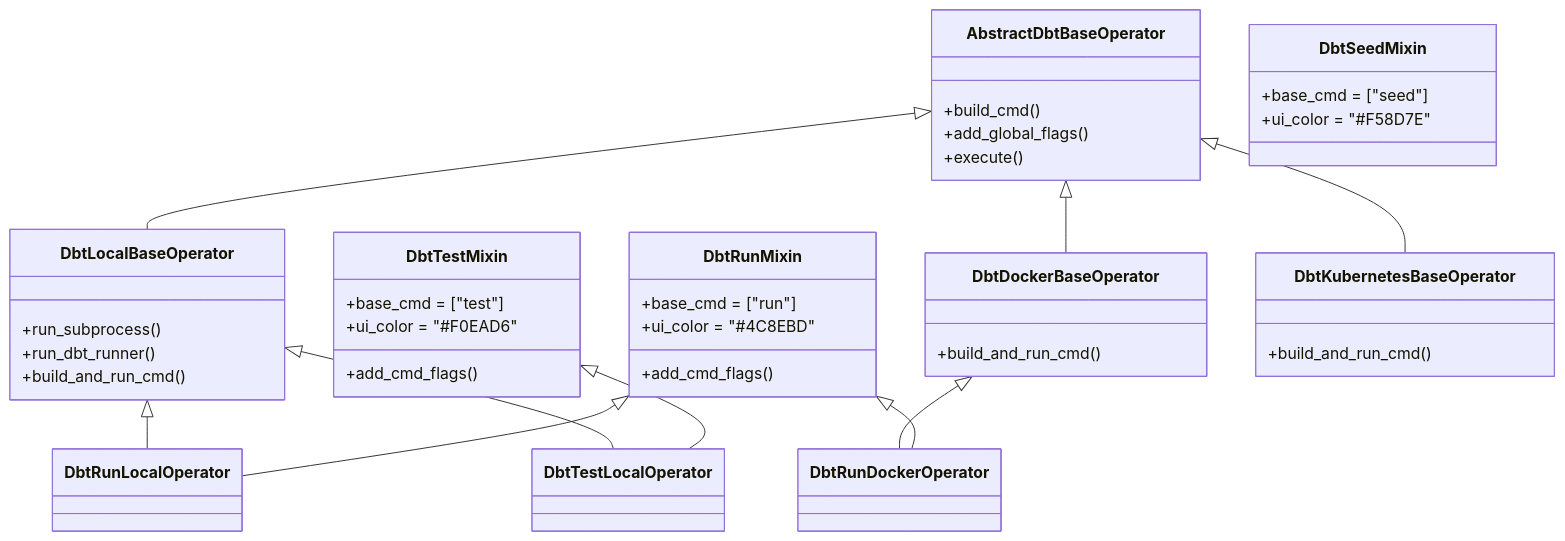
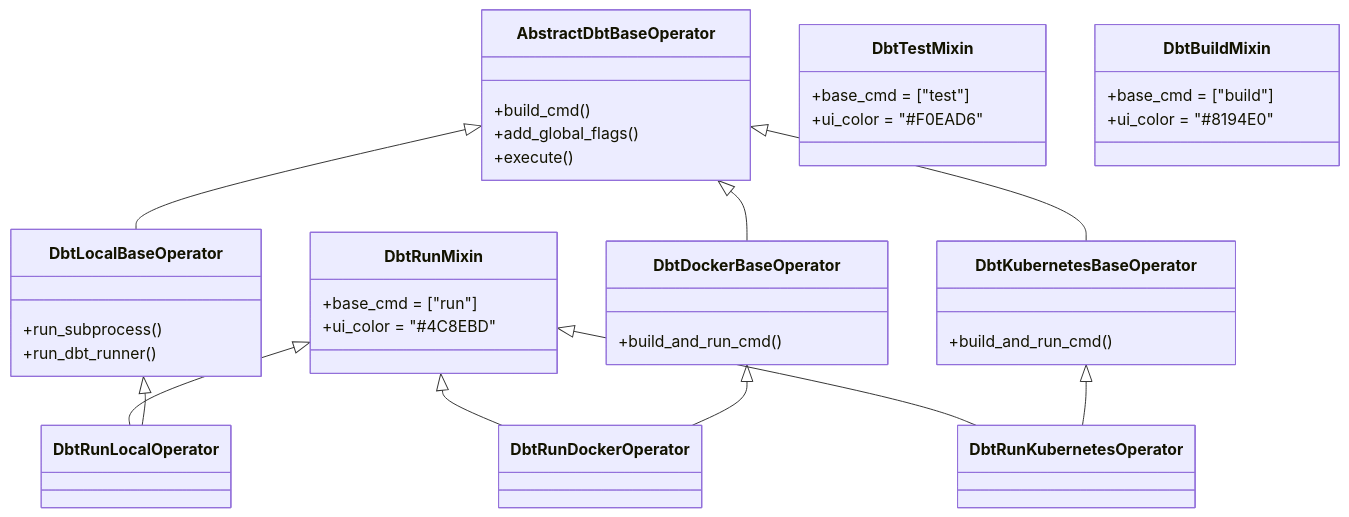
Before and after one commit to josix/astronomer-cosmos: the third of 28 diagrams in docs/ARCHITECTURE.md, drawn with Mermaid. The commit also changed other lines of this file, not shown here.

First line of the commit message:
docs: Update architecture documentation with v1.12 features

````diff
--- a/docs/ARCHITECTURE.md
+++ b/docs/ARCHITECTURE.md
@@ -196,61 +278,53 @@
 ```mermaid
 classDiagram
     class AbstractDbtBaseOperator {
         +build_cmd()
         +add_global_flags()
         +execute()
     }
 
     class DbtRunMixin {
         +base_cmd = ["run"]
         +ui_color = "#4C8EBD"
-        +add_cmd_flags()
     }
 
     class DbtTestMixin {
         +base_cmd = ["test"]
         +ui_color = "#F0EAD6"
-        +add_cmd_flags()
     }
 
-    class DbtSeedMixin {
-        +base_cmd = ["seed"]
-        +ui_color = "#F58D7E"
+    class DbtBuildMixin {
+        +base_cmd = ["build"]
+        +ui_color = "#8194E0"
     }
 
     class DbtLocalBaseOperator {
         +run_subprocess()
         +run_dbt_runner()
-        +build_and_run_cmd()
     }
 
     class DbtDockerBaseOperator {
         +build_and_run_cmd()
     }
 
     class DbtKubernetesBaseOperator {
         +build_and_run_cmd()
     }
 
-    class DbtRunLocalOperator {
-    }
-
-    class DbtTestLocalOperator {
-    }
-
-    class DbtRunDockerOperator {
-    }
+    class DbtRunLocalOperator
+    class DbtRunDockerOperator
+    class DbtRunKubernetesOperator
 
     AbstractDbtBaseOperator <|-- DbtLocalBaseOperator
     AbstractDbtBaseOperator <|-- DbtDockerBaseOperator
     AbstractDbtBaseOperator <|-- DbtKubernetesBaseOperator
 
     DbtRunMixin <|-- DbtRunLocalOperator
     DbtLocalBaseOperator <|-- DbtRunLocalOperator
 
-    DbtTestMixin <|-- DbtTestLocalOperator
-    DbtLocalBaseOperator <|-- DbtTestLocalOperator
-
     DbtRunMixin <|-- DbtRunDockerOperator
     DbtDockerBaseOperator <|-- DbtRunDockerOperator
+
+    DbtRunMixin <|-- DbtRunKubernetesOperator
+    DbtKubernetesBaseOperator <|-- DbtRunKubernetesOperator
 ```
````
